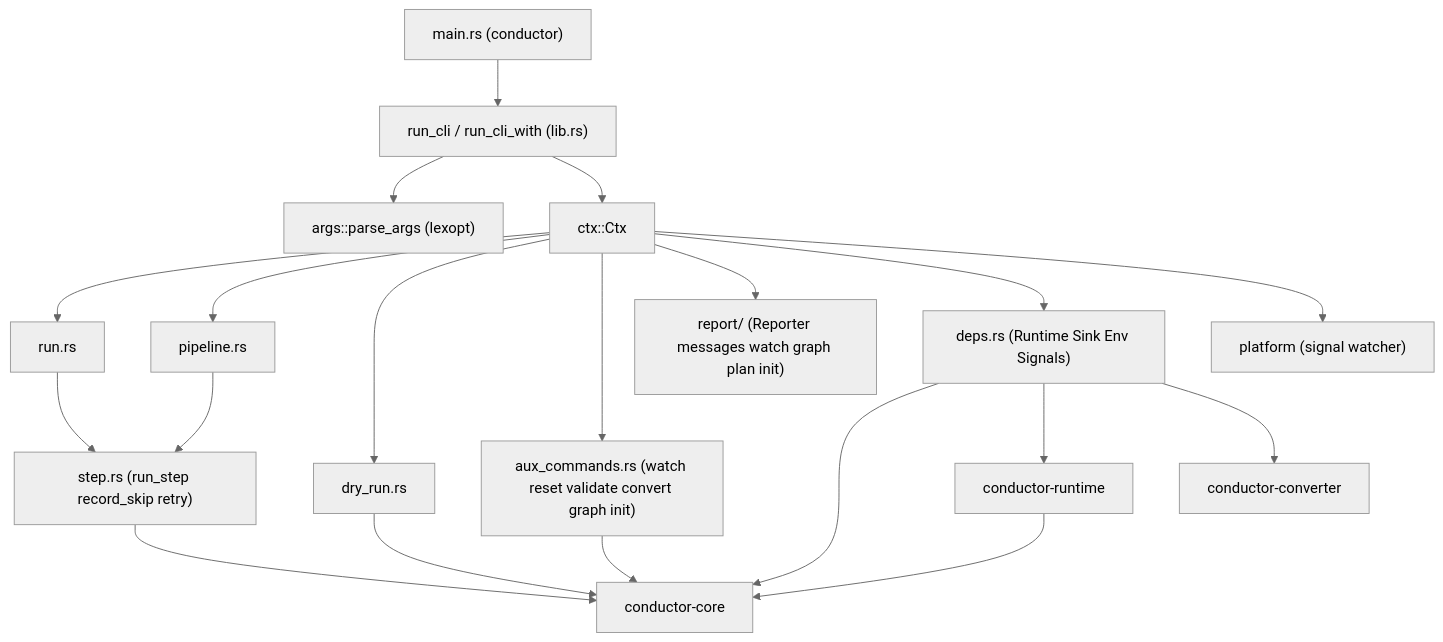
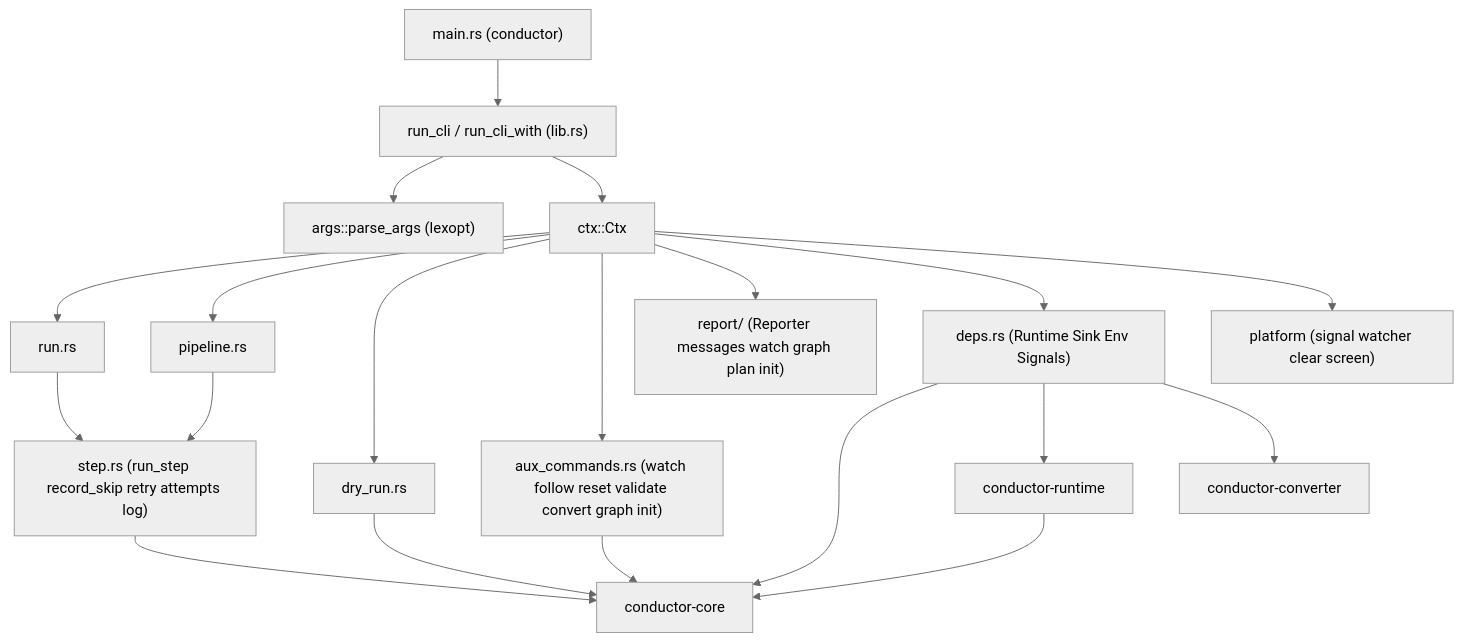
One commit to agwlvssainokuni/rust-job-conductor changed the first of 5 diagrams in aidlc/spaces/default/codekb/rust-job-conductor/architecture.md. Above: the diagram before and after it, drawn with Mermaid (neutral theme). The commit also changed other lines of this file and 15 other files, not shown here.

````diff
--- a/aidlc/spaces/default/codekb/rust-job-conductor/architecture.md
+++ b/aidlc/spaces/default/codekb/rust-job-conductor/architecture.md
@@ -21,22 +21,22 @@
 ```mermaid
 flowchart TD
     main["main.rs (conductor)"] --> runcli["run_cli / run_cli_with (lib.rs)"]
     runcli --> args["args::parse_args (lexopt)"]
     runcli --> ctx["ctx::Ctx"]
     ctx --> run["run.rs"]
     ctx --> pipe["pipeline.rs"]
     ctx --> dry["dry_run.rs"]
-    ctx --> aux["aux_commands.rs (watch reset validate convert graph init)"]
-    run --> step["step.rs (run_step record_skip retry)"]
+    ctx --> aux["aux_commands.rs (watch follow reset validate convert graph init)"]
+    run --> step["step.rs (run_step record_skip retry attempts log)"]
     pipe --> step
     ctx --> report["report/ (Reporter messages watch graph plan init)"]
     ctx --> deps["deps.rs (Runtime Sink Env Signals)"]
-    ctx --> plat["platform (signal watcher)"]
+    ctx --> plat["platform (signal watcher clear screen)"]
     deps --> core["conductor-core"]
     deps --> rt["conductor-runtime"]
     deps --> conv["conductor-converter"]
     step --> core
     dry --> core
     aux --> core
     rt --> core
 ```
````
